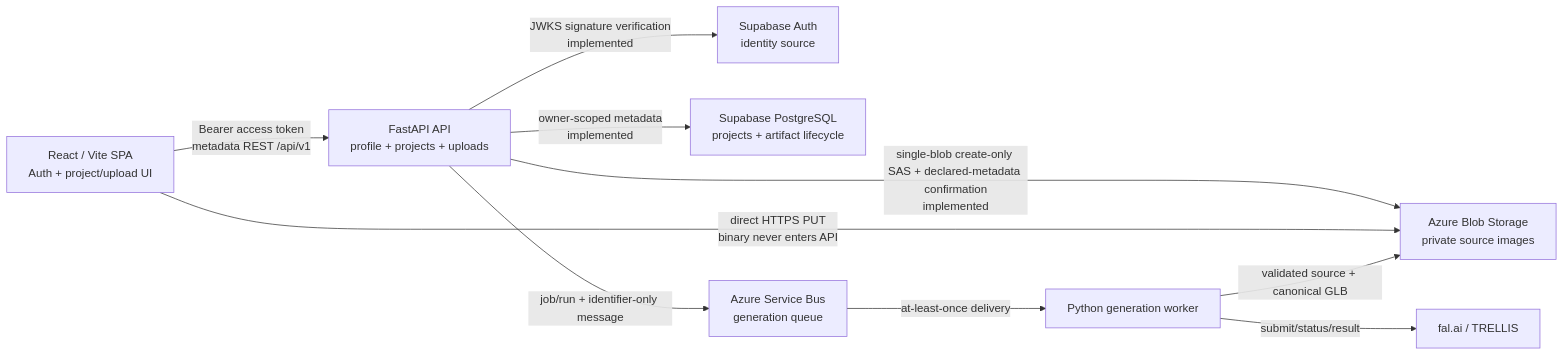
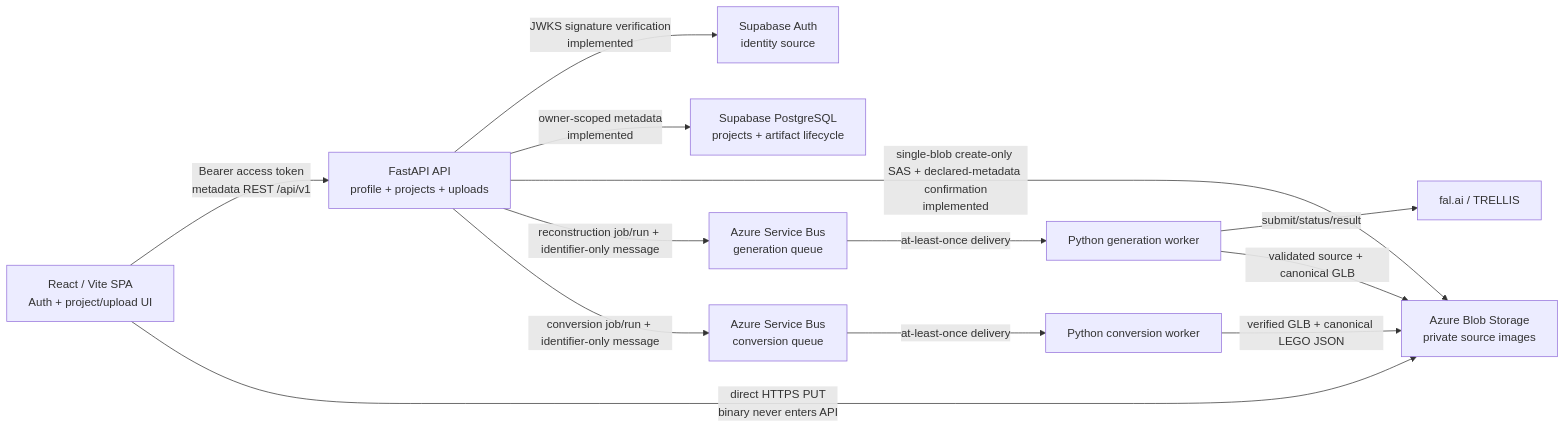
The first of 2 diagrams in docs/architecture/README.md (regan-tan/image-to-lego), drawn with Mermaid before and after one commit. The commit also changed other lines of this file and 18 other files, not shown here.

Commit message:
feat: add asynchronous LEGO conversion jobs

````diff
--- a/docs/architecture/README.md
+++ b/docs/architecture/README.md
@@ -8,12 +8,15 @@
 ```mermaid
 flowchart LR
     Web["React / Vite SPA<br/>Auth + project/upload UI"] -->|"Bearer access token<br/>metadata REST /api/v1"| API["FastAPI API<br/>profile + projects + uploads"]
     API -->|"JWKS signature verification<br/>implemented"| Supabase["Supabase Auth<br/>identity source"]
     API -->|"owner-scoped metadata<br/>implemented"| SupabaseDb["Supabase PostgreSQL<br/>projects + artifact lifecycle"]
     API -->|"single-blob create-only SAS + declared-metadata confirmation<br/>implemented"| Blob["Azure Blob Storage<br/>private source images"]
     Web -->|"direct HTTPS PUT<br/>binary never enters API"| Blob
-    API -->|"job/run + identifier-only message"| Bus["Azure Service Bus<br/>generation queue"]
-    Bus -->|"at-least-once delivery"| Worker["Python generation worker"]
-    Worker -->|"submit/status/result"| Fal["fal.ai / TRELLIS"]
-    Worker -->|"validated source + canonical GLB"| Blob
+    API -->|"reconstruction job/run + identifier-only message"| GenerationBus["Azure Service Bus<br/>generation queue"]
+    GenerationBus -->|"at-least-once delivery"| GenerationWorker["Python generation worker"]
+    GenerationWorker -->|"submit/status/result"| Fal["fal.ai / TRELLIS"]
+    GenerationWorker -->|"validated source + canonical GLB"| Blob
+    API -->|"conversion job/run + identifier-only message"| ConversionBus["Azure Service Bus<br/>conversion queue"]
+    ConversionBus -->|"at-least-once delivery"| ConversionWorker["Python conversion worker"]
+    ConversionWorker -->|"verified GLB + canonical LEGO JSON"| Blob
 ```
````
